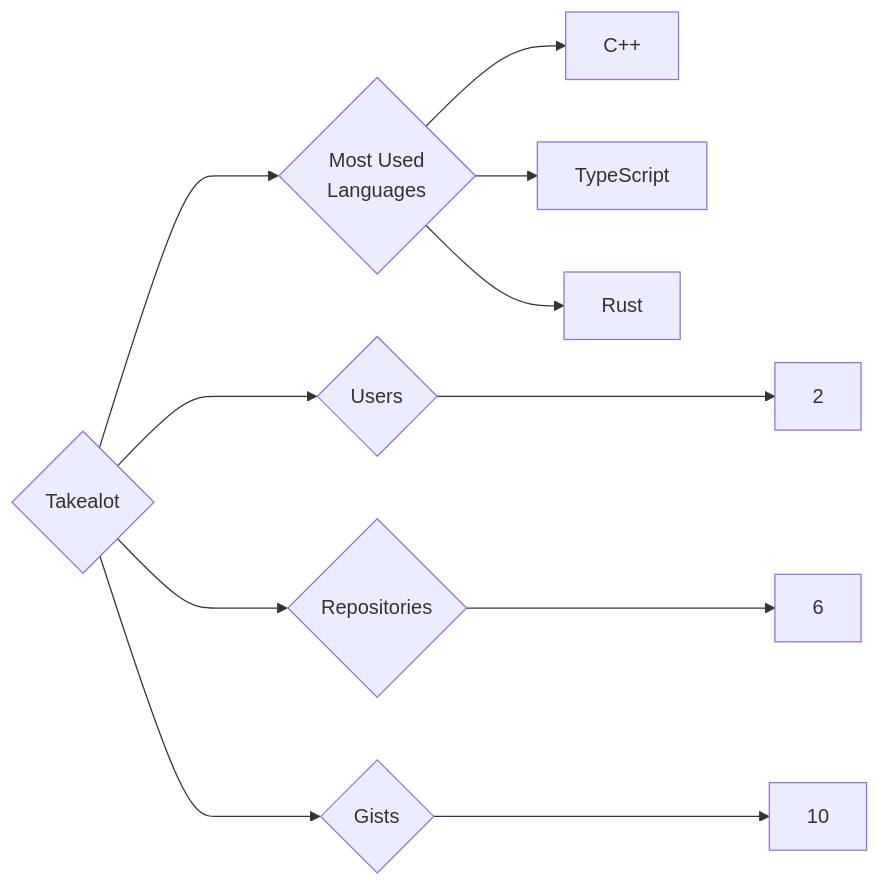
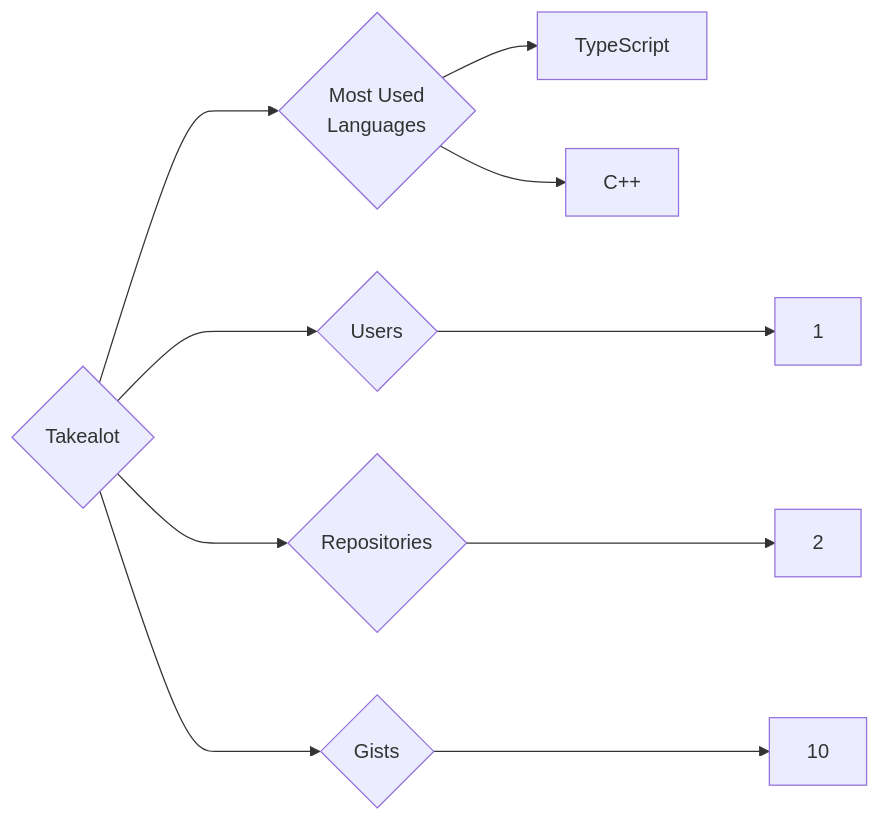
The diagram in targets/Takealot/README.md (trickest/insiders), drawn with Mermaid before and after one commit. The commit also changed 898 other files, not shown here.

````diff
--- a/targets/Takealot/README.md
+++ b/targets/Takealot/README.md
@@ -3,11 +3,10 @@
 ```mermaid
 graph LR
 COMPANY_NAME{Takealot}
-COMPANY_NAME ---> U{Users} ---> UN[2]
-COMPANY_NAME ---> R{Repositories} ---> RN[6]
+COMPANY_NAME ---> U{Users} ---> UN[1]
+COMPANY_NAME ---> R{Repositories} ---> RN[2]
 COMPANY_NAME ---> G{Gists} ---> GN[10]
 COMPANY_NAME ---> ML{Most Used<br>Languages}
+ML --> TypeScript[TypeScript]
 ML --> C++[C++]
-ML --> TypeScript[TypeScript]
-ML --> Rust[Rust]
 ```
````
